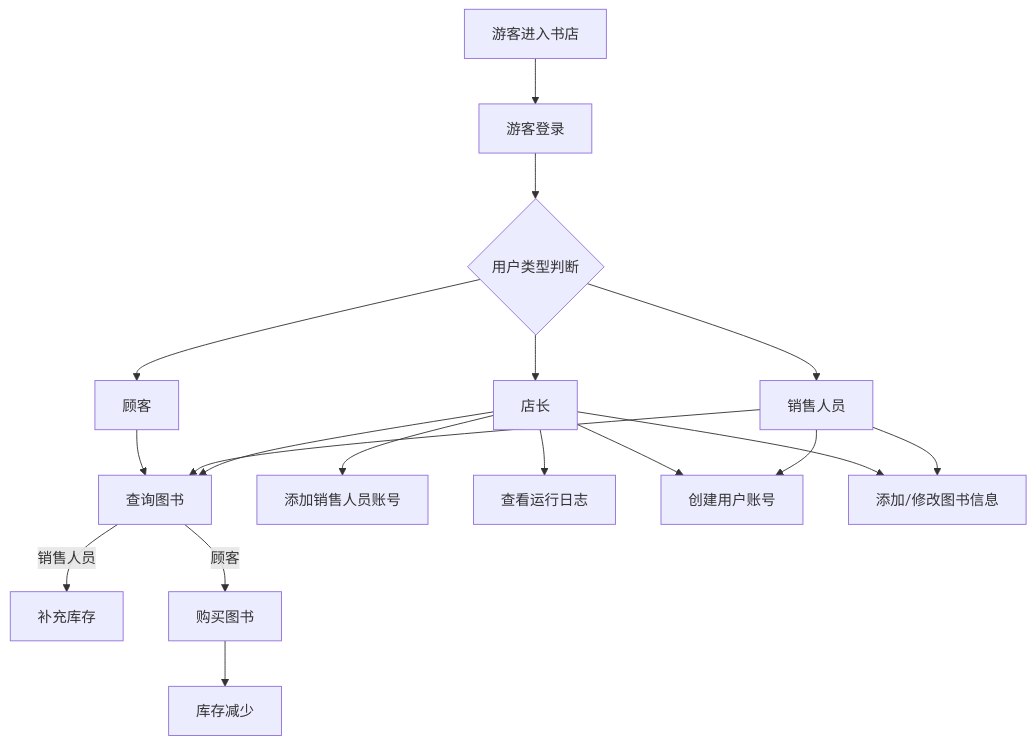
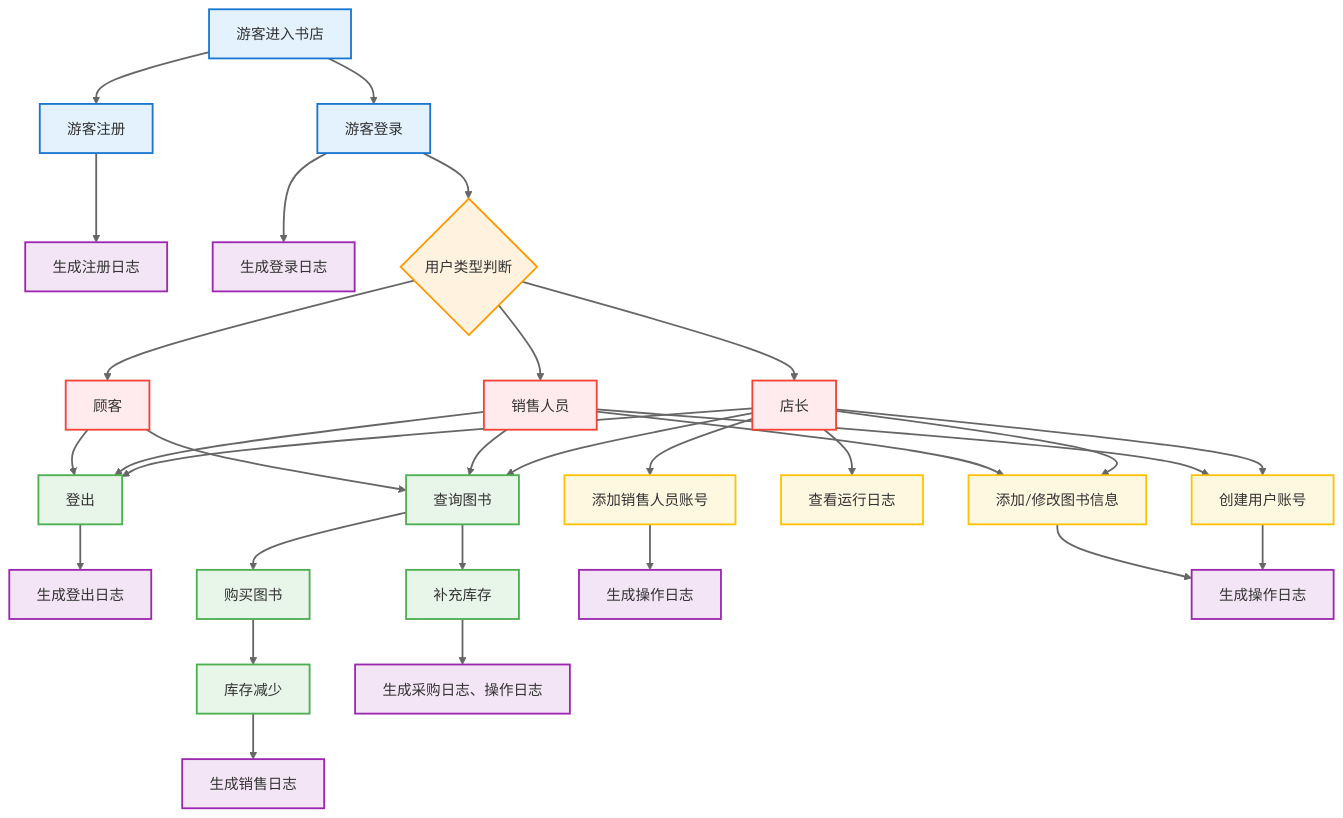
Before and after one commit to yuki-cjm/Bookstore-2025: the first of 8 diagrams in 需求分析文档.md, drawn with Mermaid. The commit also changed other lines of this file, not shown here.

Commit message:
feat:Update the requirements analysis document.

````diff
--- a/需求分析文档.md
+++ b/需求分析文档.md
@@ -5,28 +5,66 @@
 ```mermaid
 graph TD
-    A[游客进入书店]-->B[游客登录]
-    B-->C{用户类型判断}
-    C-->D[店长]
-    C-->E[销售人员]
-    C-->F[顾客]
+    %% 用户入口部分
+    A[游客进入书店] --> B[游客登录]
+    A --> A1[游客注册]
+    A1 --> A2[生成注册日志]
+    B --> B1[生成登录日志]
+    
+    %% 用户类型判断
+    B --> C{用户类型判断}
+    C --> D[店长]
+    C --> E[销售人员]
+    C --> F[顾客]
+    
+    %% 登出功能
+    D --> P[登出]
+    E --> P
+    F --> P
+    P --> P1[生成登出日志]
+    
+    %% 公共功能：图书查询
+    D --> G[查询图书]
+    E --> G
+    F --> G
+    
+    %% 店长专属功能
+    D --> H[添加销售人员账号]
+    D --> I[查看运行日志]
+    
+    %% 店长和销售共有功能
+    D --> N[创建用户账号]
+    E --> N
+    D --> O[添加/修改图书信息]
+    E --> O
+    
+    %% 库存操作流程
+    G --> J[补充库存]
+    G --> K[购买图书]
+    K --> L[库存减少]
+    
+    %% 日志生成
+    H --> H1[生成操作日志]
+    J --> J1[生成采购日志、操作日志]
+    L --> L1[生成销售日志]
+    N --> N1[生成操作日志]
+    O --> N1
 
-    D-->G[查询图书]
-    E-->G
-    F-->G
+    %% 样式定义
+    classDef entry fill:#e3f2fd,stroke:#1976d2,stroke-width:2px;
+    classDef process fill:#e8f5e9,stroke:#4caf50,stroke-width:2px;
+    classDef decision fill:#fff3e0,stroke:#ff9800,stroke-width:2px;
+    classDef log fill:#f3e5f5,stroke:#9c27b0,stroke-width:2px;
+    classDef user fill:#ffebee,stroke:#f44336,stroke-width:2px;
+    classDef inventory fill:#fff8e1,stroke:#ffc107,stroke-width:2px;
+    
+    class A,A1,B entry;
+    class C decision;
+    class D,E,F user;
+    class G,J,K,L,P process;
+    class A2,B1,H1,J1,L1,N1,P1 log;
+    class H,I,O,N inventory;
 
-    D-->H[添加销售人员账号]
-    D-->I[查看运行日志]
+    %% 连线样式
+    linkStyle default stroke:#666,stroke-width:2px;
 
-    G-->|销售人员|J[补充库存]
-    G-->|顾客|K[购买图书]
-
-    K-->L[库存减少]
-
-    N[创建用户账号]
-    E-->N
-    D-->N
-
-    O[添加/修改图书信息]
-    E-->O
-    D-->O
 ```
````
